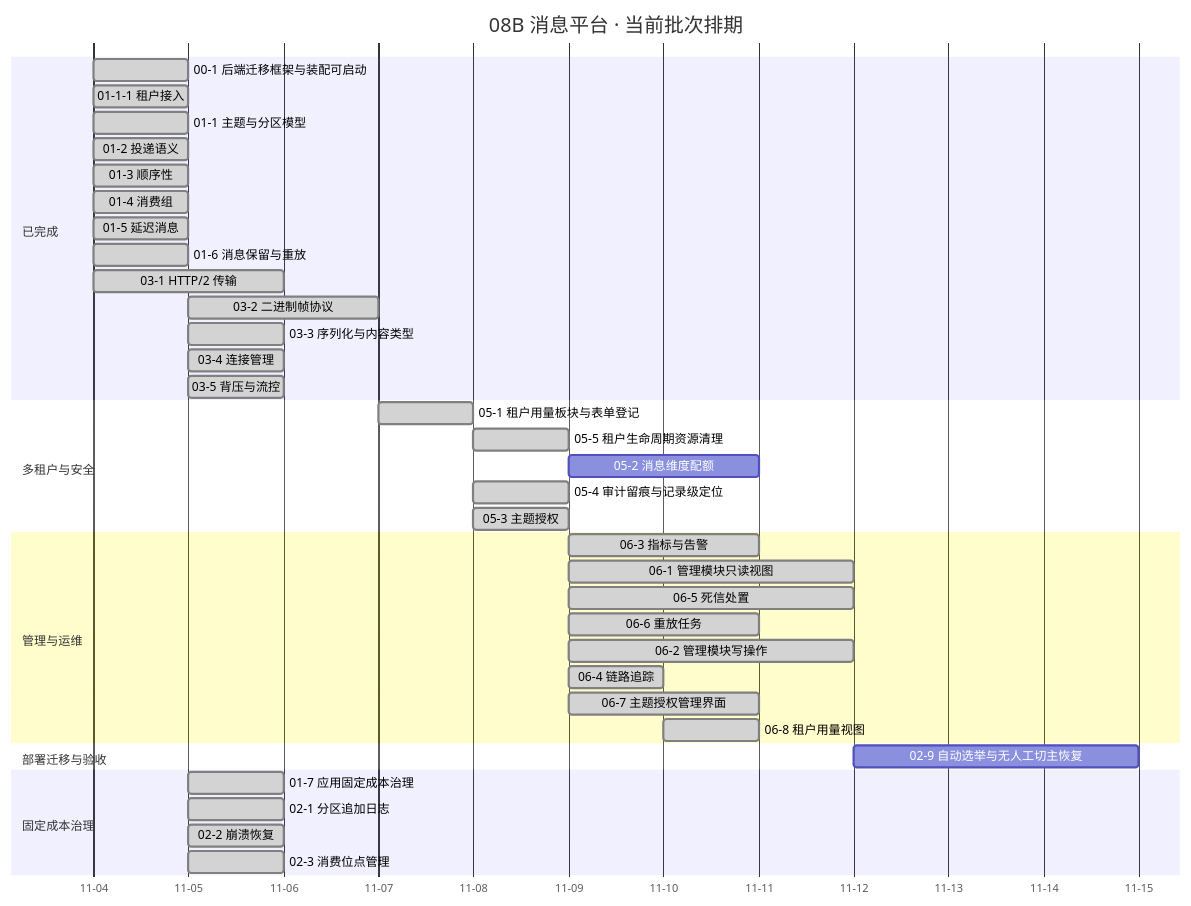
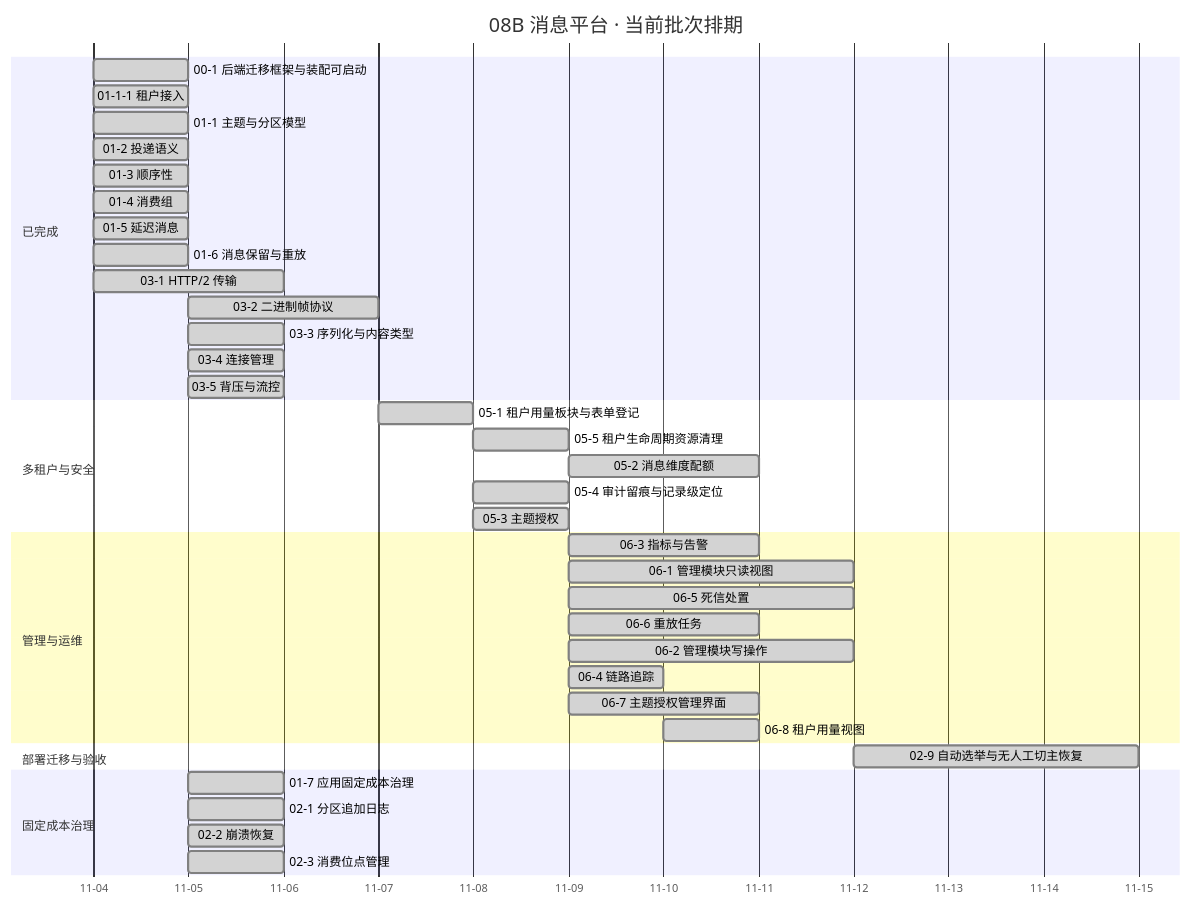
Before and after one commit to minjian123/message-platform: the diagram in msg文档/项目/08B_消息平台/计划/01_计划_消息平台.md, drawn with Mermaid. The commit also changed other lines of this file and 15 other files, not shown here.

````diff
--- a/msg文档/项目/08B_消息平台/计划/01_计划_消息平台.md
+++ b/msg文档/项目/08B_消息平台/计划/01_计划_消息平台.md
@@ -130,43 +134,43 @@
 ```mermaid
 gantt
     title 08B 消息平台 · 当前批次排期
-    %% 任务域 02：02-7 已交付（2026-11-05）、02-4 / 02-5 已交付（2026-11-11，单日窗口不入甘特）、02-8 / 02-9 已交付（2026-11-12，单日窗口不入甘特）、02-10 立项（2026-11-13 单日窗口，不入甘特）；任务域 04：04-1 ~ 04-7 全部已交付不入甘特；任务域 06：06-1 ~ 06-8 全部已交付（2026-11-09 ~ 11-10），不再留在待排区间；任务域 01：01-8（8B_04）已交付（2026-11-11），不再留在待排区间；任务域 07 已整体剥离（2026-11-13），不入甘特
+    %% 任务域 02：02-7 已交付（2026-11-05）、02-4 / 02-5 已交付（2026-11-11，单日窗口不入甘特）、02-8 / 02-9 已交付（2026-11-12，单日窗口不入甘特）、02-10 已交付（2026-11-12，单日窗口不入甘特）；任务域 04：04-1 ~ 04-7 全部已交付不入甘特；任务域 06：06-1 ~ 06-8 全部已交付（2026-11-09 ~ 11-10），不再留在待排区间；任务域 01：01-8（8B_04）已交付（2026-11-11），不再留在待排区间；任务域 07 已整体剥离（2026-11-13），不入甘特
     dateFormat YYYY-MM-DD
     axisFormat %m-%d
     section 已完成
     00-1 后端迁移框架与装配可启动 :done, d001, 2026-11-04, 1d
     01-1-1 租户接入 :done, d0111, 2026-11-04, 1d
     01-1 主题与分区模型 :done, t011, 2026-11-04, 1d
     01-2 投递语义 :done, t012, 2026-11-04, 1d
     01-3 顺序性 :done, t013, 2026-11-04, 1d
     01-4 消费组 :done, t014, 2026-11-04, 1d
     01-5 延迟消息 :done, t015, 2026-11-04, 1d
     01-6 消息保留与重放 :done, t016, 2026-11-04, 1d
     03-1 HTTP/2 传输 :done, t031, 2026-11-04, 2d
     03-2 二进制帧协议 :done, t032, 2026-11-05, 2d
     03-3 序列化与内容类型 :done, t033, 2026-11-05, 1d
     03-4 连接管理 :done, t034, 2026-11-05, 1d
     03-5 背压与流控 :done, t035, 2026-11-05, 1d
     section 多租户与安全
     05-1 租户用量板块与表单登记 :done, t051, 2026-11-07, 1d
     05-5 租户生命周期资源清理 :done, t055, 2026-11-08, 1d
-    05-2 消息维度配额 :t052, after t055, 2d
+    05-2 消息维度配额 :done, t052, after t055, 2d
     05-4 审计留痕与记录级定位 :done, t054, 2026-11-08, 1d
     05-3 主题授权 :done, t053, 2026-11-08, 1d
     section 管理与运维
     06-3 指标与告警 :done, t063, 2026-11-09, 2d
     06-1 管理模块只读视图 :done, t061, 2026-11-09, 3d
     06-5 死信处置 :done, t065, 2026-11-09, 3d
     06-6 重放任务 :done, t066, 2026-11-09, 2d
     06-2 管理模块写操作 :done, t062, 2026-11-09, 3d
     06-4 链路追踪 :done, t064, 2026-11-09, 1d
     06-7 主题授权管理界面 :done, t067, 2026-11-09, 2d
     06-8 租户用量视图 :done, t068, 2026-11-10, 1d
     section 部署迁移与验收
-    02-9 自动选举与无人工切主恢复 :t029, 2026-11-12, 3d
+    02-9 自动选举与无人工切主恢复 :done, t029, 2026-11-12, 3d
     section 固定成本治理
     01-7 应用固定成本治理 :done, t017, 2026-11-05, 1d
     02-1 分区追加日志 :done, t021, 2026-11-05, 1d
     02-2 崩溃恢复 :done, t022, 2026-11-05, 1d
     02-3 消费位点管理 :done, t023, 2026-11-05, 1d
 ```
````
